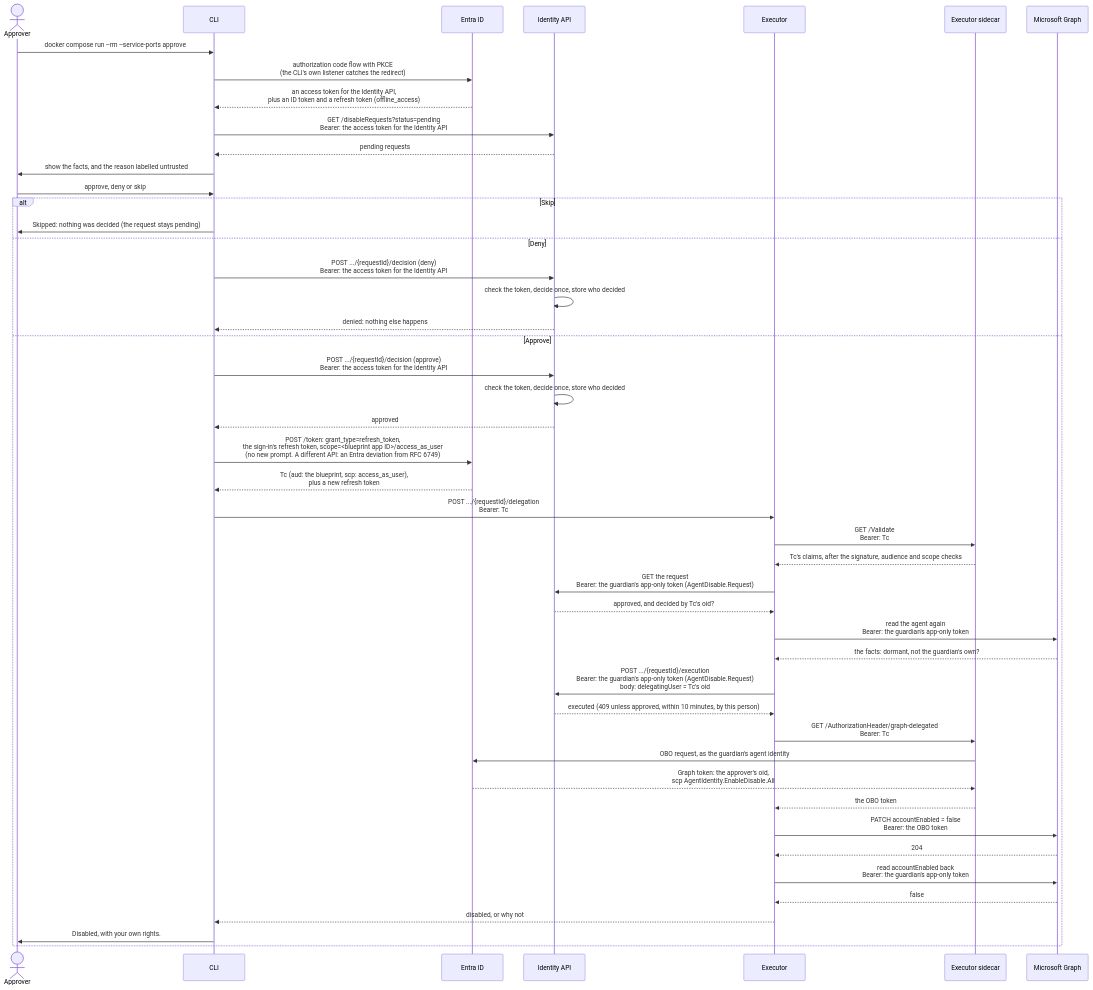
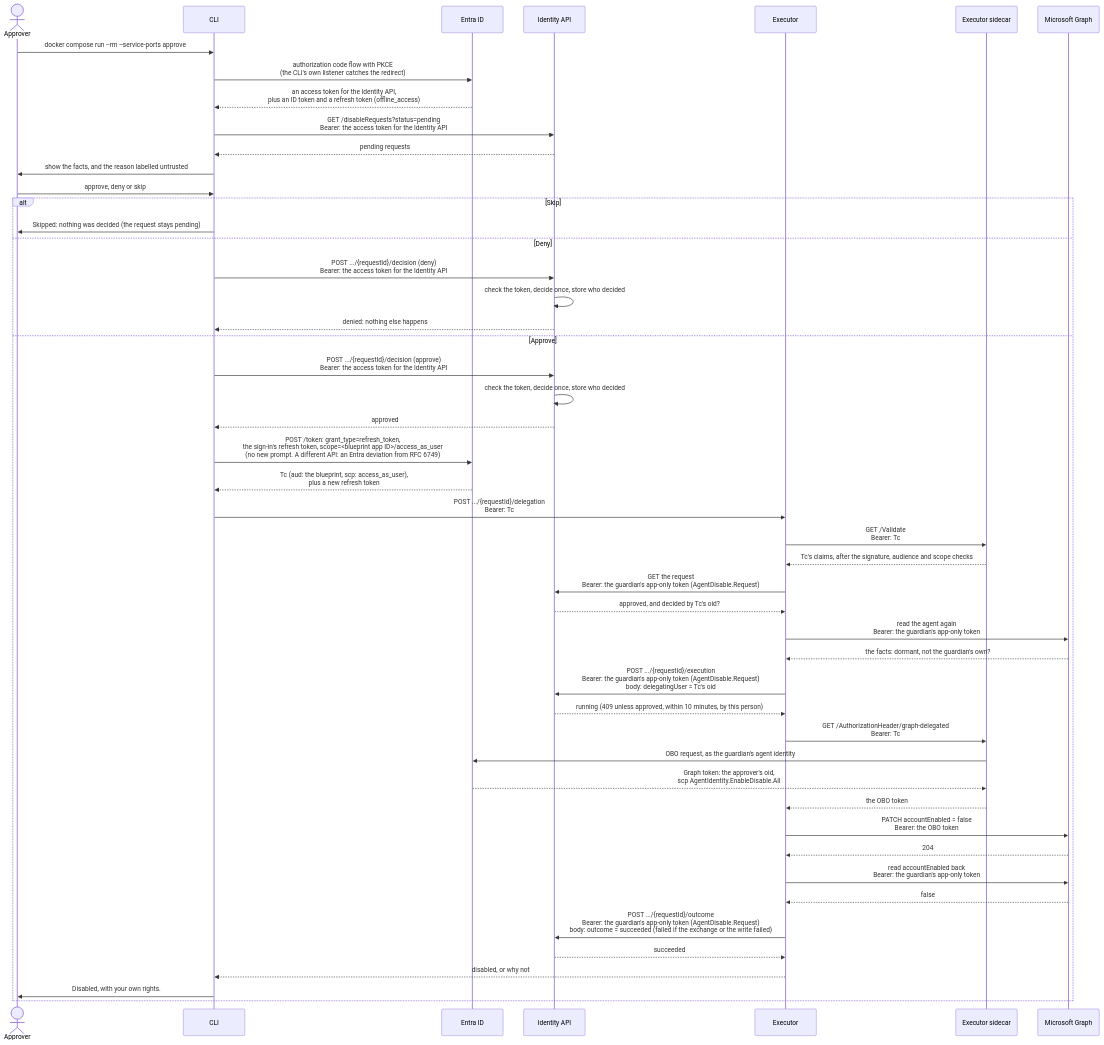
The third of 4 diagrams in docs/agent-steward-architecture.md (alireza-mpr/agent-steward), drawn with Mermaid before and after one commit. The commit also changed other lines of this file and 23 other files, not shown here.

First line of the commit message:
fix: skip disabled agents in the dormant rule; a claimed request ends as succeeded or failed

````diff
--- a/docs/agent-steward-architecture.md
+++ b/docs/agent-steward-architecture.md
@@ -220,51 +229,53 @@
 ```mermaid
 sequenceDiagram
     actor P as Approver
     participant C as CLI
     participant E as Entra ID
     participant A as Identity API
     participant X as Executor
     participant S as Executor sidecar
     participant G as Microsoft Graph
 
     P->>C: docker compose run --rm --service-ports approve
     C->>E: authorization code flow with PKCE<br/>(the CLI's own listener catches the redirect)
     E-->>C: an access token for the Identity API,<br/>plus an ID token and a refresh token (offline_access)
     C->>A: GET /disableRequests?status=pending<br/>Bearer: the access token for the Identity API
     A-->>C: pending requests
     C->>P: show the facts, and the reason labelled untrusted
     P->>C: approve, deny or skip
 
     alt Skip
         C->>P: Skipped: nothing was decided (the request stays pending)
     else Deny
         C->>A: POST .../{requestId}/decision (deny)<br/>Bearer: the access token for the Identity API
         A->>A: check the token, decide once, store who decided
         A-->>C: denied: nothing else happens
     else Approve
         C->>A: POST .../{requestId}/decision (approve)<br/>Bearer: the access token for the Identity API
         A->>A: check the token, decide once, store who decided
         A-->>C: approved
         C->>E: POST /token: grant_type=refresh_token,<br/>the sign-in's refresh token, scope=#lt;blueprint app ID#gt;/access_as_user<br/>(no new prompt. A different API: an Entra deviation from RFC 6749)
         E-->>C: Tc (aud: the blueprint, scp: access_as_user),<br/>plus a new refresh token
         C->>X: POST .../{requestId}/delegation<br/>Bearer: Tc
         X->>S: GET /Validate<br/>Bearer: Tc
         S-->>X: Tc's claims, after the signature, audience and scope checks
         X->>A: GET the request<br/>Bearer: the guardian's app-only token (AgentDisable.Request)
         A-->>X: approved, and decided by Tc's oid?
         X->>G: read the agent again<br/>Bearer: the guardian's app-only token
         G-->>X: the facts: dormant, not the guardian's own?
         X->>A: POST .../{requestId}/execution<br/>Bearer: the guardian's app-only token (AgentDisable.Request)<br/>body: delegatingUser = Tc's oid
-        A-->>X: executed (409 unless approved, within 10 minutes, by this person)
+        A-->>X: running (409 unless approved, within 10 minutes, by this person)
         X->>S: GET /AuthorizationHeader/graph-delegated<br/>Bearer: Tc
         S->>E: OBO request, as the guardian's agent identity
         E-->>S: Graph token: the approver's oid,<br/>scp AgentIdentity.EnableDisable.All
         S-->>X: the OBO token
         X->>G: PATCH accountEnabled = false<br/>Bearer: the OBO token
         G-->>X: 204
         X->>G: read accountEnabled back<br/>Bearer: the guardian's app-only token
         G-->>X: false
+        X->>A: POST .../{requestId}/outcome<br/>Bearer: the guardian's app-only token (AgentDisable.Request)<br/>body: outcome = succeeded (failed if the exchange or the write failed)
+        A-->>X: succeeded
         X-->>C: disabled, or why not
         C->>P: Disabled, with your own rights.
     end
 ```
````
